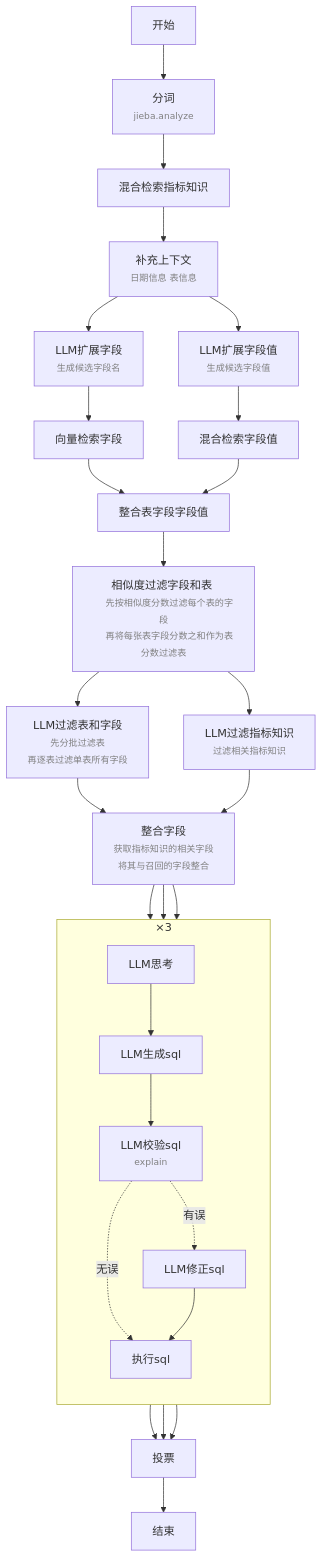
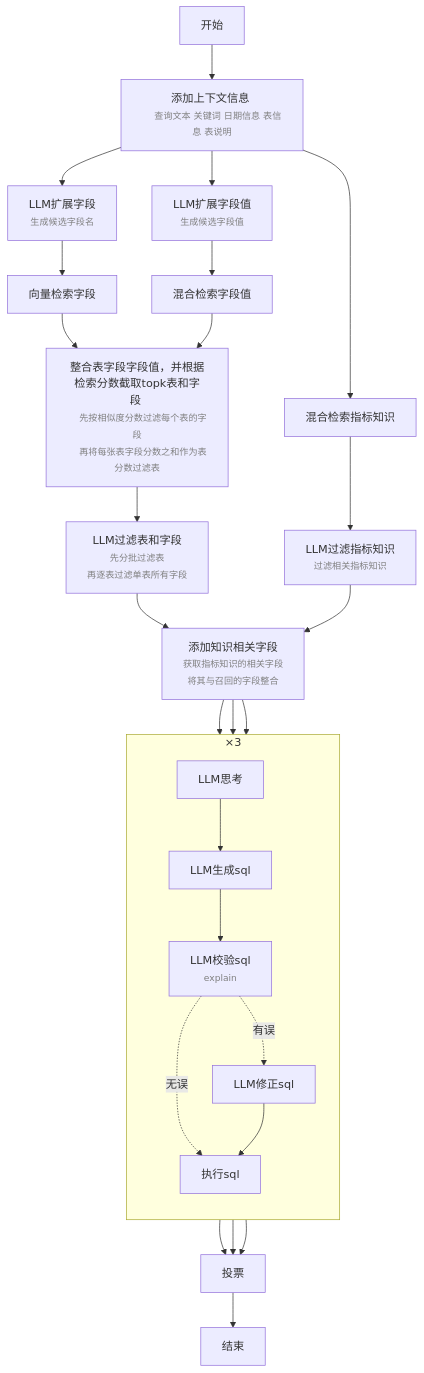
One commit to 2739673455/multi-agent changed the diagram in README.md. Above: the diagram before and after it, drawn with Mermaid. The commit also changed 10 other files, not shown here.

````diff
--- a/README.md
+++ b/README.md
@@ -41,68 +41,63 @@
 ```mermaid
 graph TB
   start[开始]
-  extract_keyword[分词 <font size=2 color=gray>
-    jieba.analyze]
-  recall_knowledge[混合检索指标知识]
-  add_context[补充上下文 <font size=2 color=gray>
-    日期信息 表信息]
+  add_context[添加上下文信息 <font size=2 color=gray>
+    查询文本 关键词 日期信息 表信息 表说明]
   extend_column[LLM扩展字段 <font size=2 color=gray>
     生成候选字段名]
   extend_cell[LLM扩展字段值 <font size=2 color=gray>
     生成候选字段值]
   recall_column[向量检索字段]
   recall_cell[混合检索字段值]
-  merge_col_cell[整合表字段字段值]
-  topk_tb_col[相似度过滤字段和表 <font size=2 color=gray>
+  recall_knowledge[混合检索指标知识]
+  merge_col_cell[整合表字段字段值，并根据检索分数截取topk表和字段 <font size=2 color=gray>
     先按相似度分数过滤每个表的字段
     再将每张表字段分数之和作为表分数过滤表]
   llm_filter_tb_col[LLM过滤表和字段 <font size=2 color=gray>
     先分批过滤表
     再逐表过滤单表所有字段]
   llm_filter_knowledge[LLM过滤指标知识 <font size=2 color=gray>
     过滤相关指标知识]
-  merge_col[整合字段 <font size=2 color=gray>
+  add_kn_col[添加知识相关字段 <font size=2 color=gray>
     获取指标知识的相关字段
     将其与召回的字段整合]
   vote[投票]
   bye[结束]
 
   subgraph nl2sql [×3]
     direction TB
 
     think[LLM思考]
     gen_sql[LLM生成sql]
     verify_sql[LLM校验sql <font size=2 color=gray>
       explain]
     correct_sql[LLM修正sql]
     exec_sql[执行sql]
 
     think --> gen_sql
     gen_sql --> verify_sql
     verify_sql -.-> |有误| correct_sql
     verify_sql -.-> |无误| exec_sql
     correct_sql --> exec_sql
   end
 
-  start --> extract_keyword
-  extract_keyword --> recall_knowledge
-  recall_knowledge --> add_context
+  start --> add_context
   add_context --> extend_column
   add_context --> extend_cell
   extend_column --> recall_column
   extend_cell --> recall_cell
+  add_context --> recall_knowledge
   recall_column --> merge_col_cell
   recall_cell --> merge_col_cell
-  merge_col_cell --> topk_tb_col
-  topk_tb_col --> llm_filter_tb_col
-  topk_tb_col --> llm_filter_knowledge
-  llm_filter_tb_col --> merge_col
-  llm_filter_knowledge --> merge_col
-  merge_col --> nl2sql
-  merge_col --> nl2sql
-  merge_col --> nl2sql
+  merge_col_cell --> llm_filter_tb_col
+  recall_knowledge --> llm_filter_knowledge
+  llm_filter_tb_col --> add_kn_col
+  llm_filter_knowledge --> add_kn_col
+  add_kn_col --> nl2sql
+  add_kn_col --> nl2sql
+  add_kn_col --> nl2sql
   nl2sql --> vote
   nl2sql --> vote
   nl2sql --> vote
   vote --> bye
 ```
````
